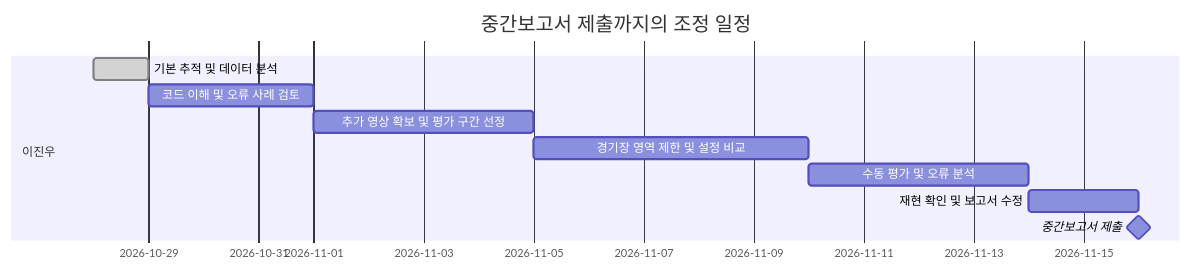
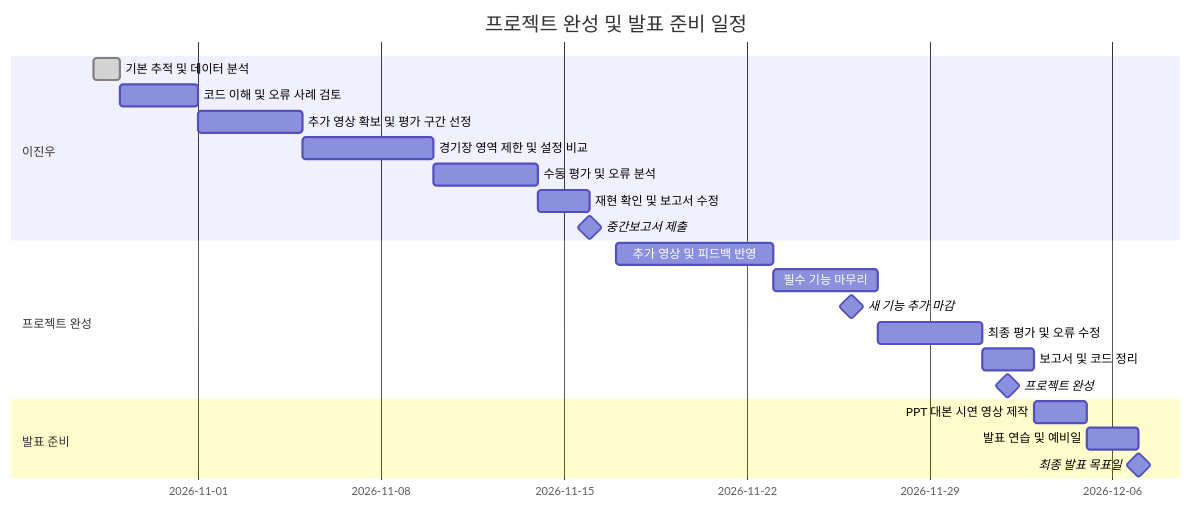
Before and after one commit to ljw-0108/computer-vision-project: the second of 2 diagrams in mid_report.md, drawn with Mermaid. The commit also changed other lines of this file, not shown here.

````diff
--- a/mid_report.md
+++ b/mid_report.md
@@ -233,13 +242,25 @@
 ```mermaid
 gantt
-    title 중간보고서 제출까지의 조정 일정
+    title 프로젝트 완성 및 발표 준비 일정
     dateFormat YYYY-MM-DD
     section 이진우
     기본 추적 및 데이터 분석 :done, a1, 2026-10-28, 1d
     코드 이해 및 오류 사례 검토 :a2, 2026-10-29, 3d
     추가 영상 확보 및 평가 구간 선정 :a3, 2026-11-01, 4d
     경기장 영역 제한 및 설정 비교 :a4, 2026-11-05, 5d
     수동 평가 및 오류 분석 :a5, 2026-11-10, 4d
     재현 확인 및 보고서 수정 :a6, 2026-11-14, 2d
     중간보고서 제출 :milestone, 2026-11-16, 0d
+    section 프로젝트 완성
+    추가 영상 및 피드백 반영 :b1, 2026-11-17, 6d
+    필수 기능 마무리 :b2, 2026-11-23, 4d
+    새 기능 추가 마감 :milestone, 2026-11-26, 0d
+    최종 평가 및 오류 수정 :b3, 2026-11-27, 4d
+    보고서 및 코드 정리 :b4, 2026-12-01, 2d
+    프로젝트 완성 :milestone, 2026-12-02, 0d
+    section 발표 준비
+    PPT 대본 시연 영상 제작 :c1, 2026-12-03, 2d
+    발표 연습 및 예비일 :c2, 2026-12-05, 2d
+    최종 발표 목표일 :milestone, 2026-12-07, 0d
+
 ```
````
